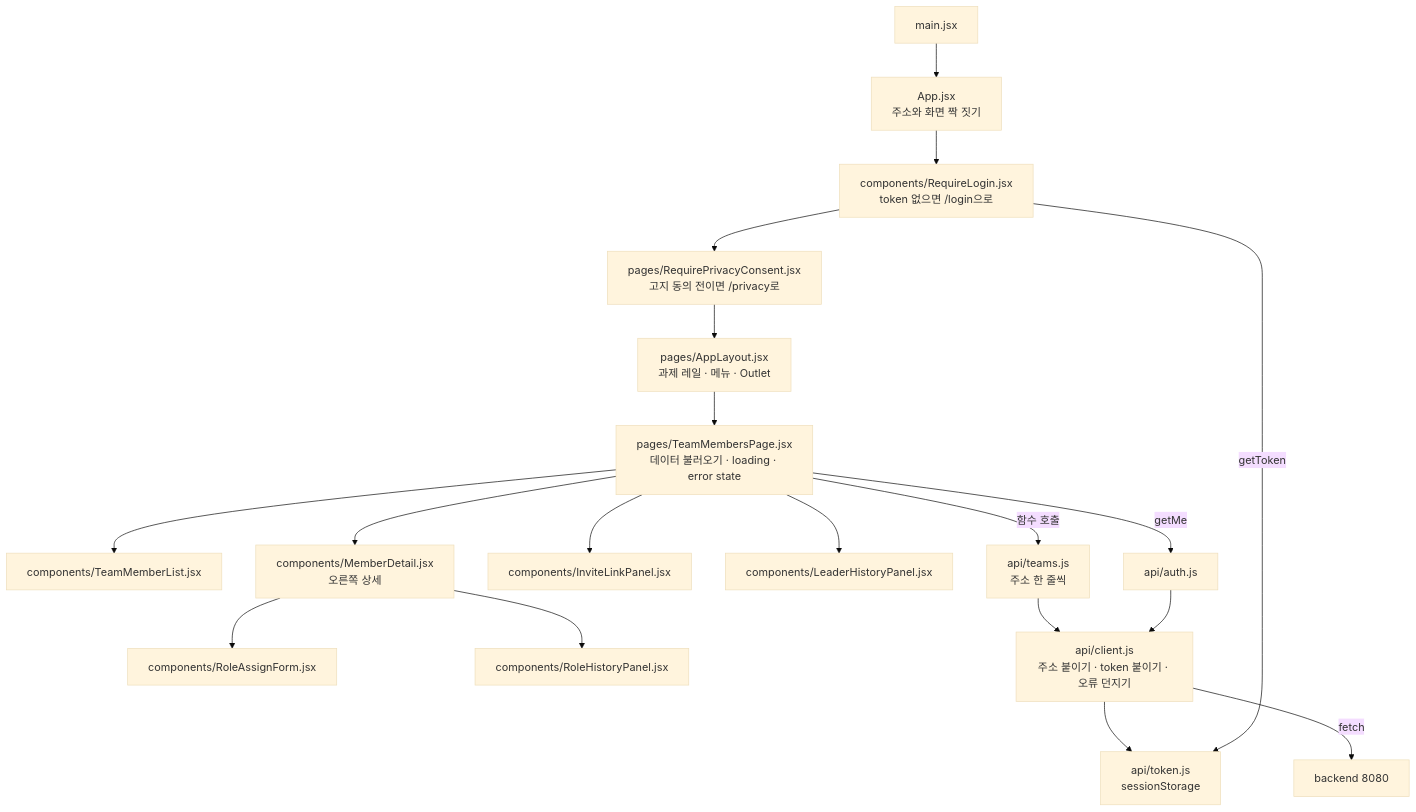
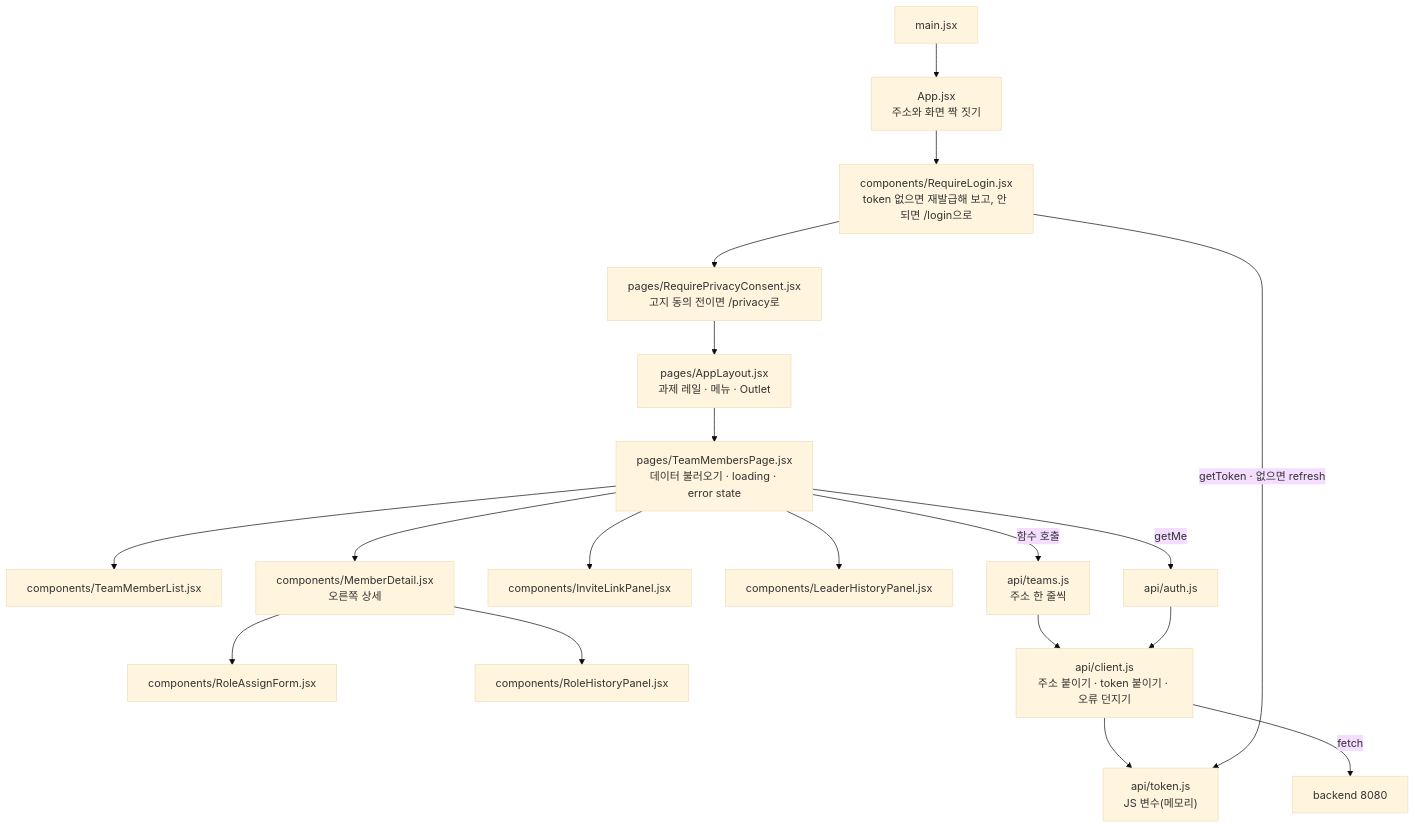
The fifth of 6 diagrams in docs/architecture.md (Pyrite9/footprint-demo), drawn with Mermaid (base theme) before and after one commit. The commit also changed other lines of this file and 33 other files, not shown here.

Commit message:
feat: add refresh token with httpOnly cookie and rotation

````diff
--- a/docs/architecture.md
+++ b/docs/architecture.md
@@ -147,23 +188,23 @@
 ```mermaid
 flowchart TB
     main["main.jsx"] --> app["App.jsx<br/>주소와 화면 짝 짓기"]
-    app --> require["components/RequireLogin.jsx<br/>token 없으면 /login으로"]
+    app --> require["components/RequireLogin.jsx<br/>token 없으면 재발급해 보고, 안 되면 /login으로"]
     require --> consent["pages/RequirePrivacyConsent.jsx<br/>고지 동의 전이면 /privacy로"]
     consent --> layout["pages/AppLayout.jsx<br/>과제 레일 · 메뉴 · Outlet"]
     layout --> page["pages/TeamMembersPage.jsx<br/>데이터 불러오기 · loading · error state"]
 
     page --> comp1["components/TeamMemberList.jsx"]
     page --> comp2["components/MemberDetail.jsx<br/>오른쪽 상세"]
     comp2 --> comp6["components/RoleAssignForm.jsx"]
     comp2 --> comp4["components/RoleHistoryPanel.jsx"]
     page --> comp3["components/InviteLinkPanel.jsx"]
     page --> comp5["components/LeaderHistoryPanel.jsx"]
 
     page -- "함수 호출" --> api["api/teams.js<br/>주소 한 줄씩"]
     page -- "getMe" --> auth["api/auth.js"]
     api --> client["api/client.js<br/>주소 붙이기 · token 붙이기 · 오류 던지기"]
     auth --> client
-    client --> token["api/token.js<br/>sessionStorage"]
-    require -- "getToken" --> token
+    client --> token["api/token.js<br/>JS 변수(메모리)"]
+    require -- "getToken · 없으면 refresh" --> token
     client -- "fetch" --> server["backend 8080"]
 ```
````
